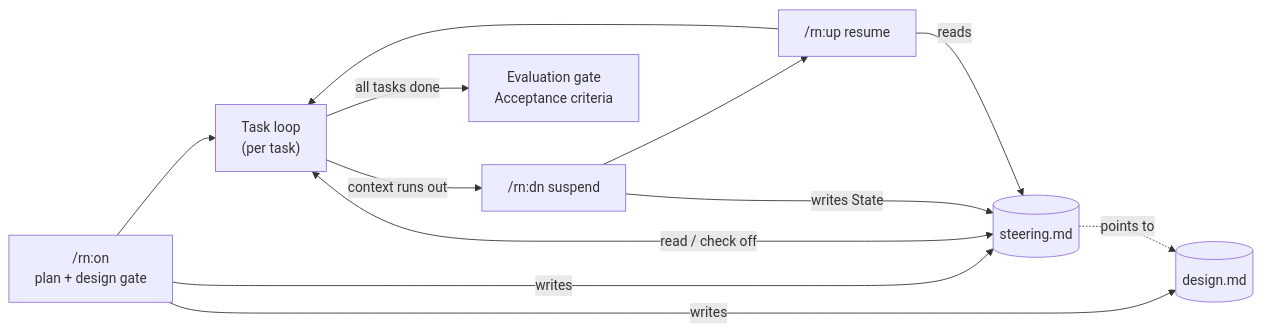
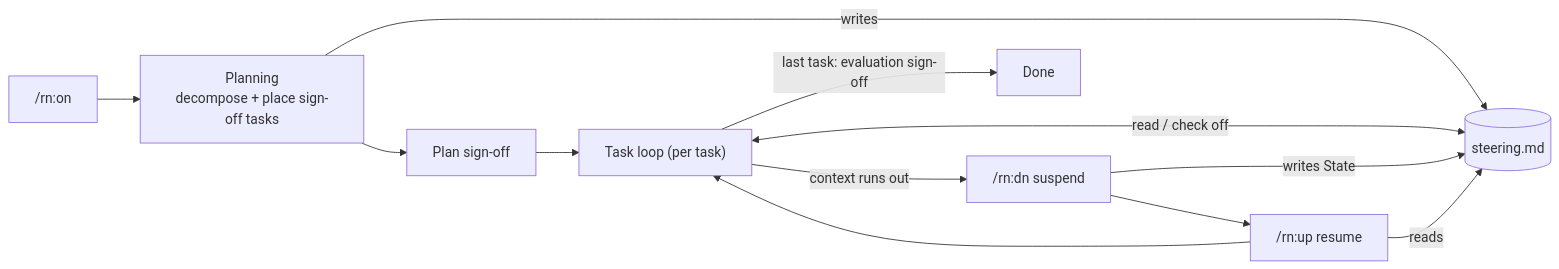
The second of 3 diagrams in rn/docs/design.md (lovaizu/ccpm), drawn with Mermaid before and after one commit. The commit also changed other lines of this file, not shown here.

First line of the commit message:
docs(rn): reflect PR #14 design FB into design.md

````diff
--- a/rn/docs/design.md
+++ b/rn/docs/design.md
@@ -62,17 +75,16 @@
 ```mermaid
 flowchart LR
-  on["/rn:on<br/>plan + design gate"] --> loop["Task loop<br/>(per task)"]
+  on["/rn:on"] --> plan["Planning<br/>decompose + place sign-off tasks"]
+  plan --> psign["Plan sign-off"]
+  psign --> loop["Task loop (per task)"]
   loop -->|context runs out| dn["/rn:dn suspend"]
   dn --> up["/rn:up resume"]
   up --> loop
-  loop -->|all tasks done| eval["Evaluation gate<br/>Acceptance criteria"]
+  loop -->|"last task: evaluation sign-off"| done["Done"]
 
   steer[("steering.md")]
-  dsgn[("design.md")]
-  on -->|writes| steer
-  on -->|writes| dsgn
-  steer -. points to .-> dsgn
+  plan -->|writes| steer
   loop <-->|read / check off| steer
   dn -->|writes State| steer
   up -->|reads| steer
 ```
````
